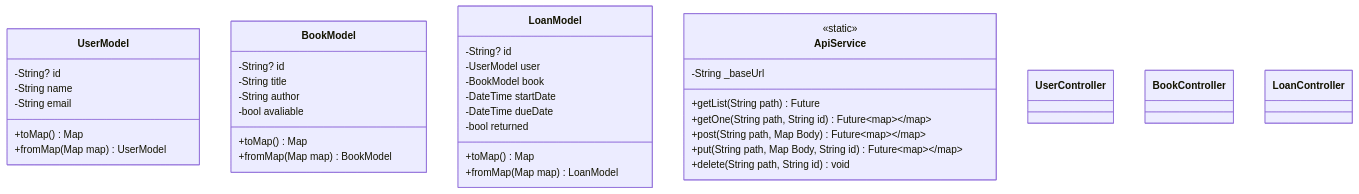
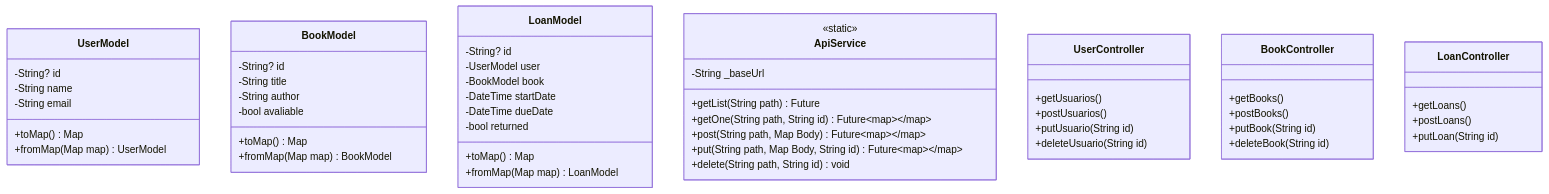
The second of 2 diagrams in api/biblioteca_api_json/README.md (thayssamaneo/mobile), drawn with Mermaid before and after one commit. The commit also changed 13 other files, not shown here.

````diff
--- a/api/biblioteca_api_json/README.md
+++ b/api/biblioteca_api_json/README.md
@@ -88,49 +88,60 @@
 ```mermaid
 classDiagram
     class UserModel{
         -String? id
         -String name
         -String email
         +toMap() Map
         +fromMap(Map map) UserModel
     }
 
     class BookModel{
         -String? id
         -String title
         -String author
         -bool avaliable
         +toMap() Map
         +fromMap(Map map) BookModel
     }
 
     class LoanModel{
         -String? id
         -UserModel user
         -BookModel book
         -DateTime startDate
         -DateTime dueDate
         -bool returned
         +toMap() Map
         +fromMap(Map map) LoanModel
     }
 
     class ApiService{
         <<static>>
         -String _baseUrl
         +getList(String path) Future<List>
         +getOne(String path, String id) Future<Map>
         +post(String path, Map Body) Future<Map>
         +put(String path, Map Body, String id) Future<Map>
         +delete(String path, String id) void
     }
+
     class UserController{
-        
+        +getUsuarios()
+        +postUsuarios()
+        +putUsuario(String id)
+        +deleteUsuario(String id)
     }
+
     class BookController{
-        
+        +getBooks()
+        +postBooks()
+        +putBook(String id)
+        +deleteBook(String id)
     }
+    
     class LoanController{
-        
+        +getLoans()
+        +postLoans()
+        +putLoan(String id)
     }
 ```
````
